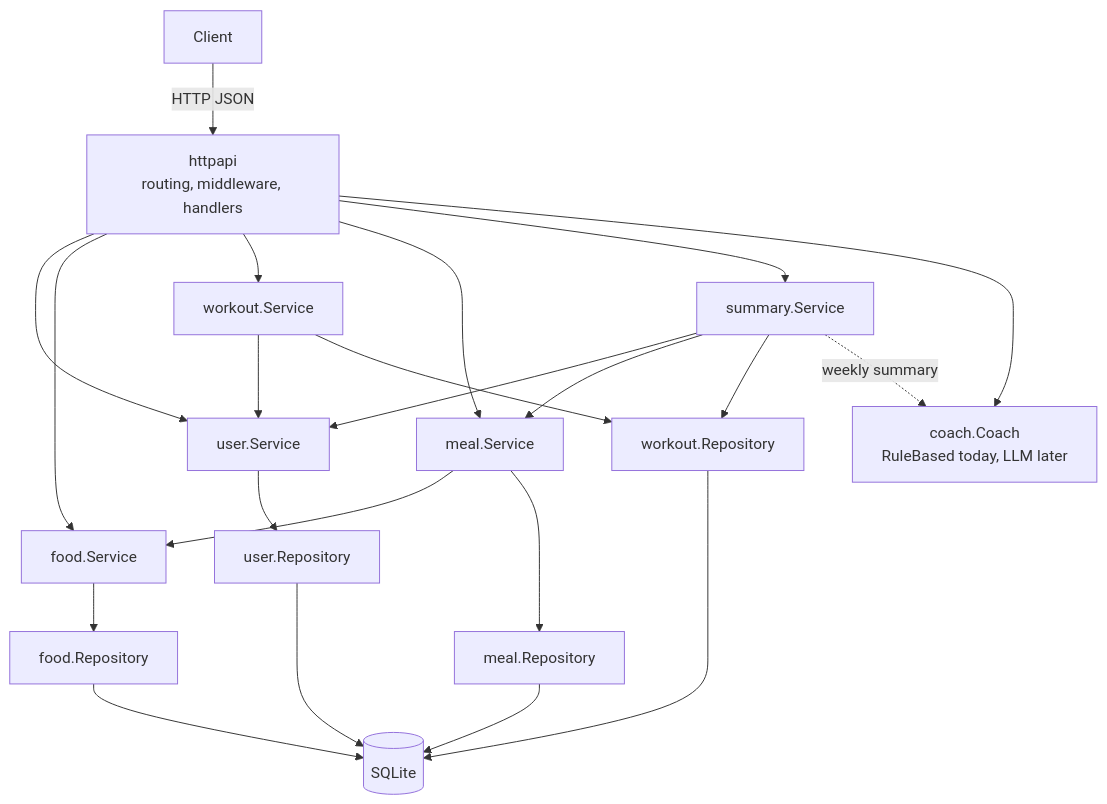
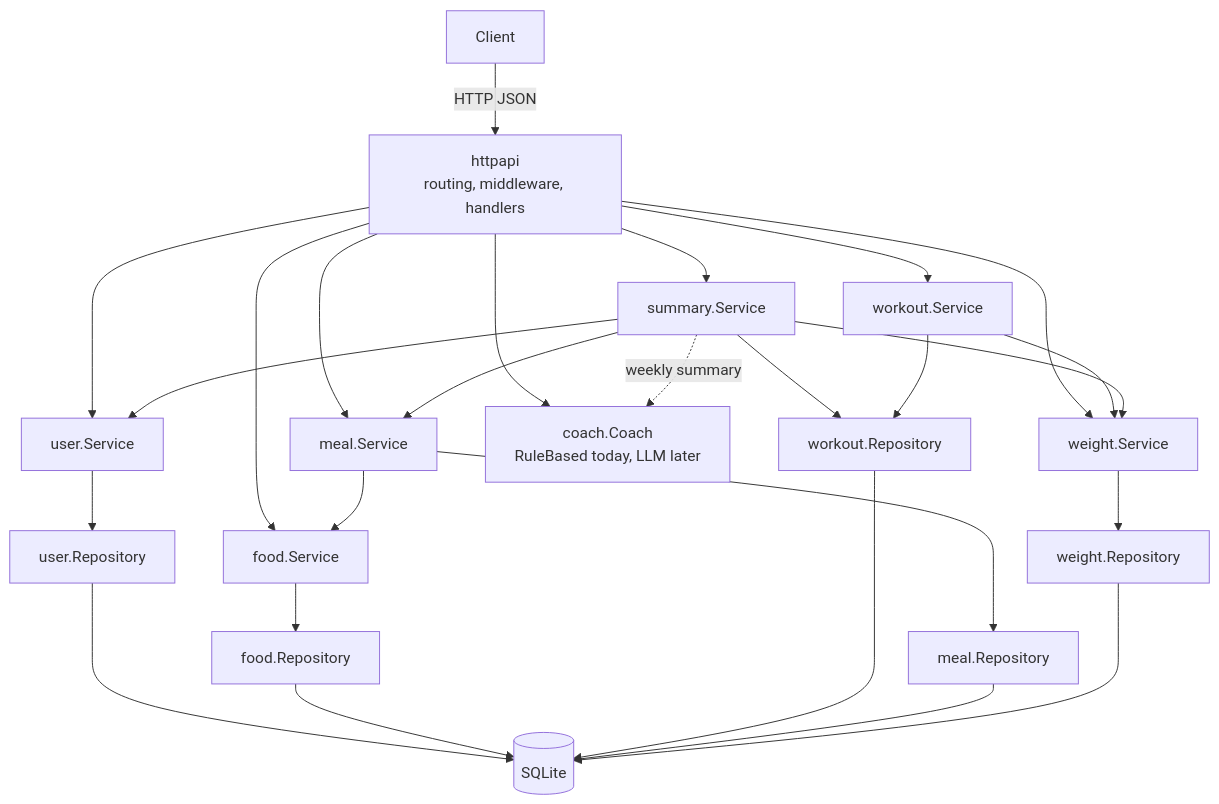
One commit to Crown-us/fit-track changed the diagram in README.md. Above: the diagram before and after it, drawn with Mermaid. The commit also changed other lines of this file and 17 other files, not shown here.

````diff
--- a/README.md
+++ b/README.md
@@ -23,24 +24,28 @@
 ```mermaid
 flowchart TD
     Client -->|HTTP JSON| H[httpapi<br/>routing, middleware, handlers]
     H --> US[user.Service]
     H --> FS[food.Service]
     H --> WS[workout.Service]
     H --> MS[meal.Service]
+    H --> WTS[weight.Service]
     H --> SS[summary.Service]
     H --> C[coach.Coach<br/>RuleBased today, LLM later]
-    WS --> US
+    WS --> WTS
     MS --> FS
     SS --> US
     SS --> MS
     SS --> WR
+    SS --> WTS
     SS -.weekly summary.-> C
     US --> UR[user.Repository]
     FS --> FR[food.Repository]
     WS --> WR[workout.Repository]
     MS --> MR[meal.Repository]
     UR --> DB[(SQLite)]
     FR --> DB
     WR --> DB
     MR --> DB
+    WTS --> WTR[weight.Repository]
+    WTR --> DB
 ```
````
